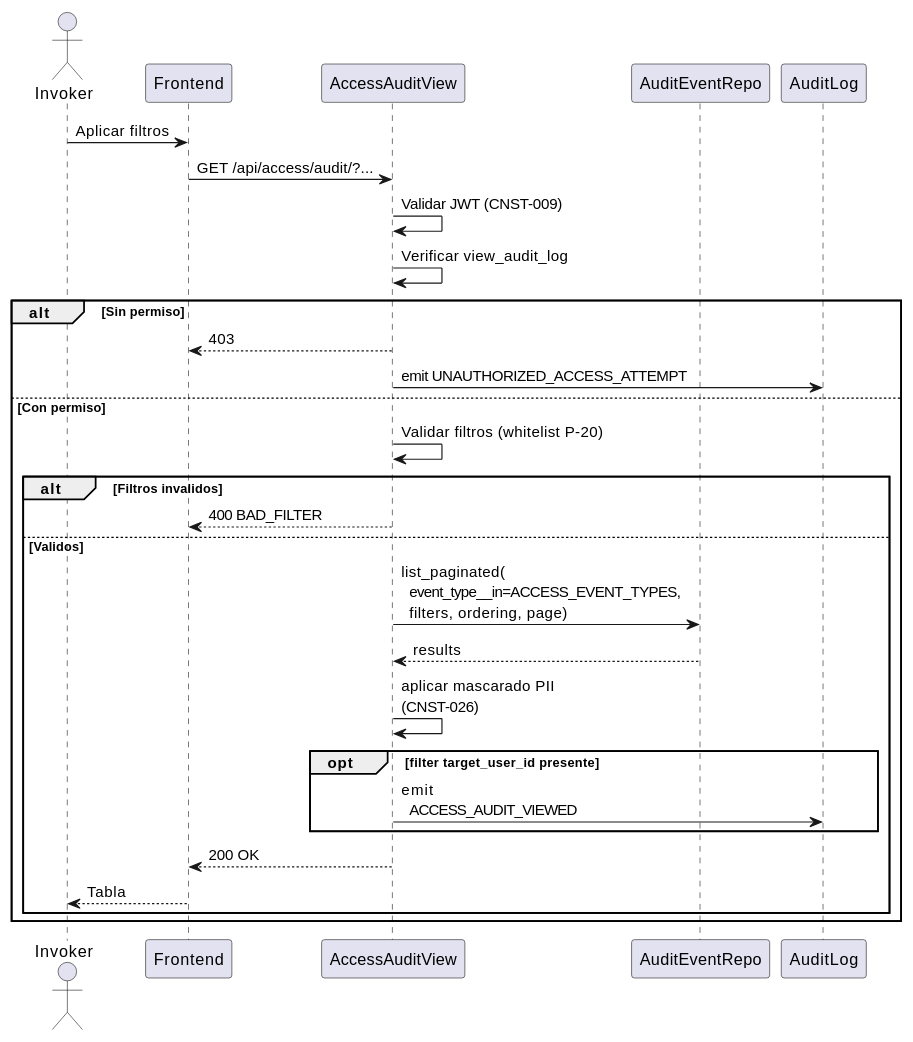
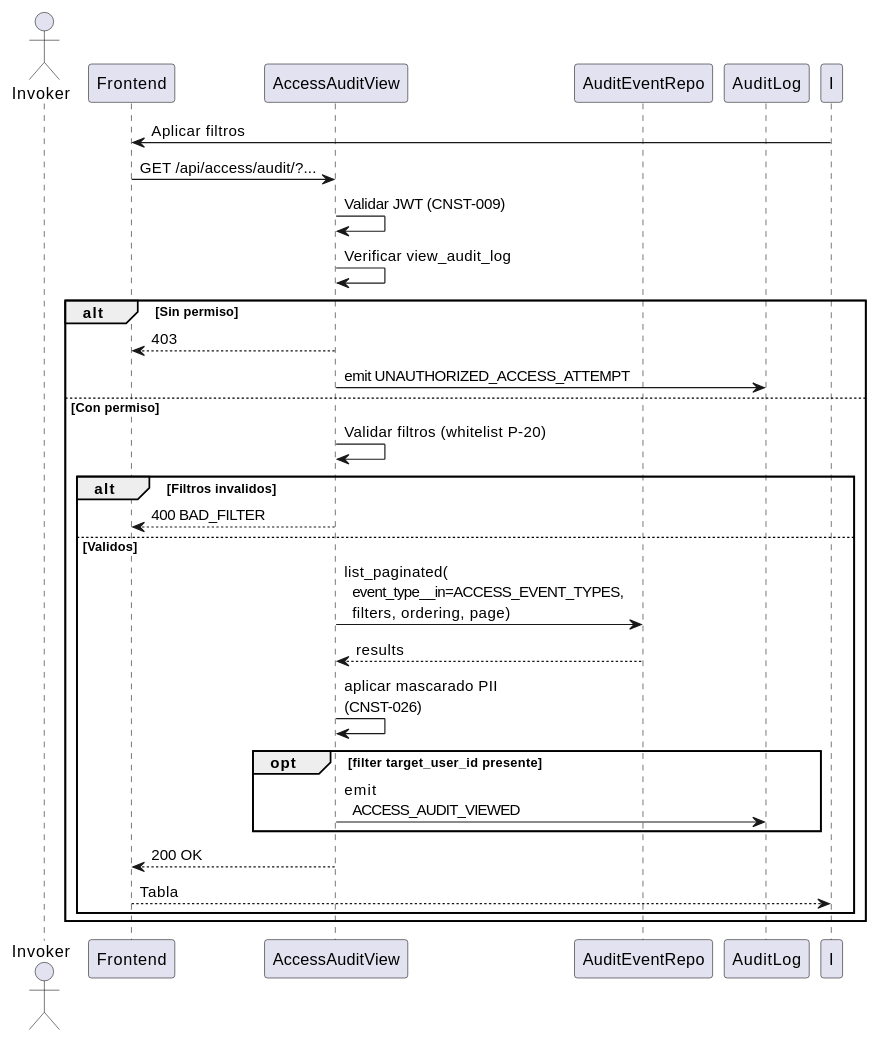
Before and after one commit to jcg-admin/IACT-docs: the second of 4 diagrams in source/requisitos/casos-uso/access/uc-acc-09/diagramas-uml.rst, drawn with PlantUML. The commit also changed other lines of this file and 79 other files, not shown here.

First line of the commit message:
Sweep cryptic aliases in UC diagramas-uml files

```diff
--- a/source/requisitos/casos-uso/access/uc-acc-09/diagramas-uml.rst
+++ b/source/requisitos/casos-uso/access/uc-acc-09/diagramas-uml.rst
@@ -46,36 +46,36 @@
 .. uml::
  :caption: UC_ACC_09 sub-flujo listado
 
  @startuml
 
- actor Invoker as I
- participant "Frontend" as FE
- participant "AccessAuditView" as AV
- participant "AuditEventRepo" as AR
- participant "AuditLog" as AL
+ actor Invoker as Invoker
+ participant "Frontend" as Frontend
+ participant "AccessAuditView" as Accessauditview
+ participant "AuditEventRepo" as Auditeventrepo
+ participant "AuditLog" as Auditlog
 
- I -> FE: Aplicar filtros
- FE -> AV: GET /api/access/audit/?...
+ I -> Frontend: Aplicar filtros
+ Frontend -> Accessauditview: GET /api/access/audit/?...
 
- AV -> AV: Validar JWT (CNST-009)
- AV -> AV: Verificar view_audit_log
+ Accessauditview -> Accessauditview: Validar JWT (CNST-009)
+ Accessauditview -> Accessauditview: Verificar view_audit_log
  alt Sin permiso
-   AV --> FE: 403
-   AV -> AL: emit UNAUTHORIZED_ACCESS_ATTEMPT
+   Accessauditview --> Frontend: 403
+   Accessauditview -> Auditlog: emit UNAUTHORIZED_ACCESS_ATTEMPT
  else Con permiso
-   AV -> AV: Validar filtros (whitelist P-20)
+   Accessauditview -> Accessauditview: Validar filtros (whitelist P-20)
    alt Filtros invalidos
-     AV --> FE: 400 BAD_FILTER
+     Accessauditview --> Frontend: 400 BAD_FILTER
    else Validos
-     AV -> AR: list_paginated(\n  event_type__in=ACCESS_EVENT_TYPES,\n  filters, ordering, page)
-     AR --> AV: results
-     AV -> AV: aplicar mascarado PII\n(CNST-026)
+     Accessauditview -> Auditeventrepo: list_paginated(\n  event_type__in=ACCESS_EVENT_TYPES,\n  filters, ordering, page)
+     Auditeventrepo --> Accessauditview: results
+     Accessauditview -> Accessauditview: aplicar mascarado PII\n(CNST-026)
      opt filter target_user_id presente
-       AV -> AL: emit\n  ACCESS_AUDIT_VIEWED
+       Accessauditview -> Auditlog: emit\n  ACCESS_AUDIT_VIEWED
      end
-     AV --> FE: 200 OK
-     FE --> I: Tabla
+     Accessauditview --> Frontend: 200 OK
+     Frontend --> I: Tabla
    end
  end
 
  @enduml
```
